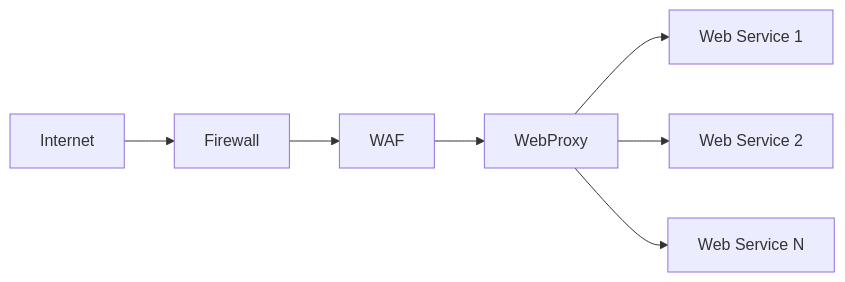
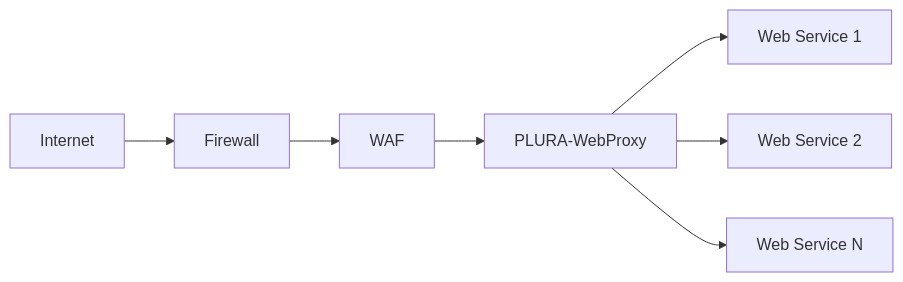
The fifth of 8 diagrams in content/ko/tech/plura-webproxy-architecture.md (qubitsec/blog), drawn with Mermaid before and after one commit. The commit also changed other lines of this file, not shown here.

````diff
--- a/content/ko/tech/plura-webproxy-architecture.md
+++ b/content/ko/tech/plura-webproxy-architecture.md
@@ -153,9 +265,9 @@
 ```mermaid
 flowchart LR
     A[Internet] --> B[Firewall]
     B --> C[WAF]
-    C --> D[WebProxy]
+    C --> D[PLURA-WebProxy]
     D --> E[Web Service 1]
     D --> F[Web Service 2]
     D --> G[Web Service N]
 ```
````
